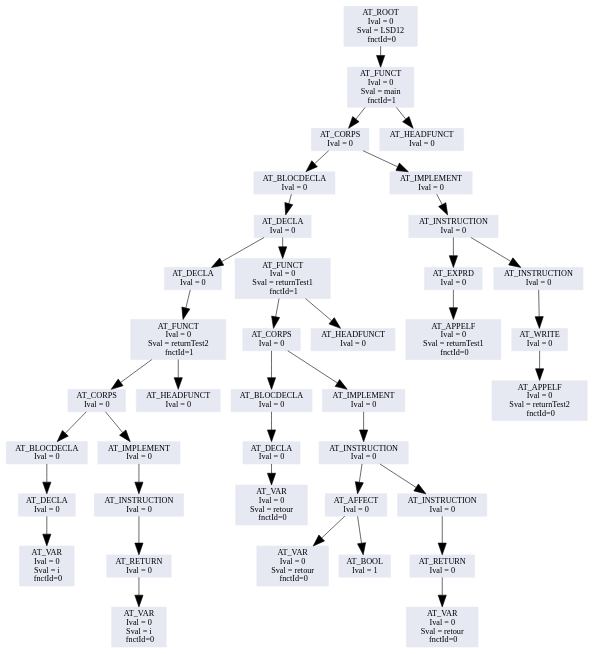
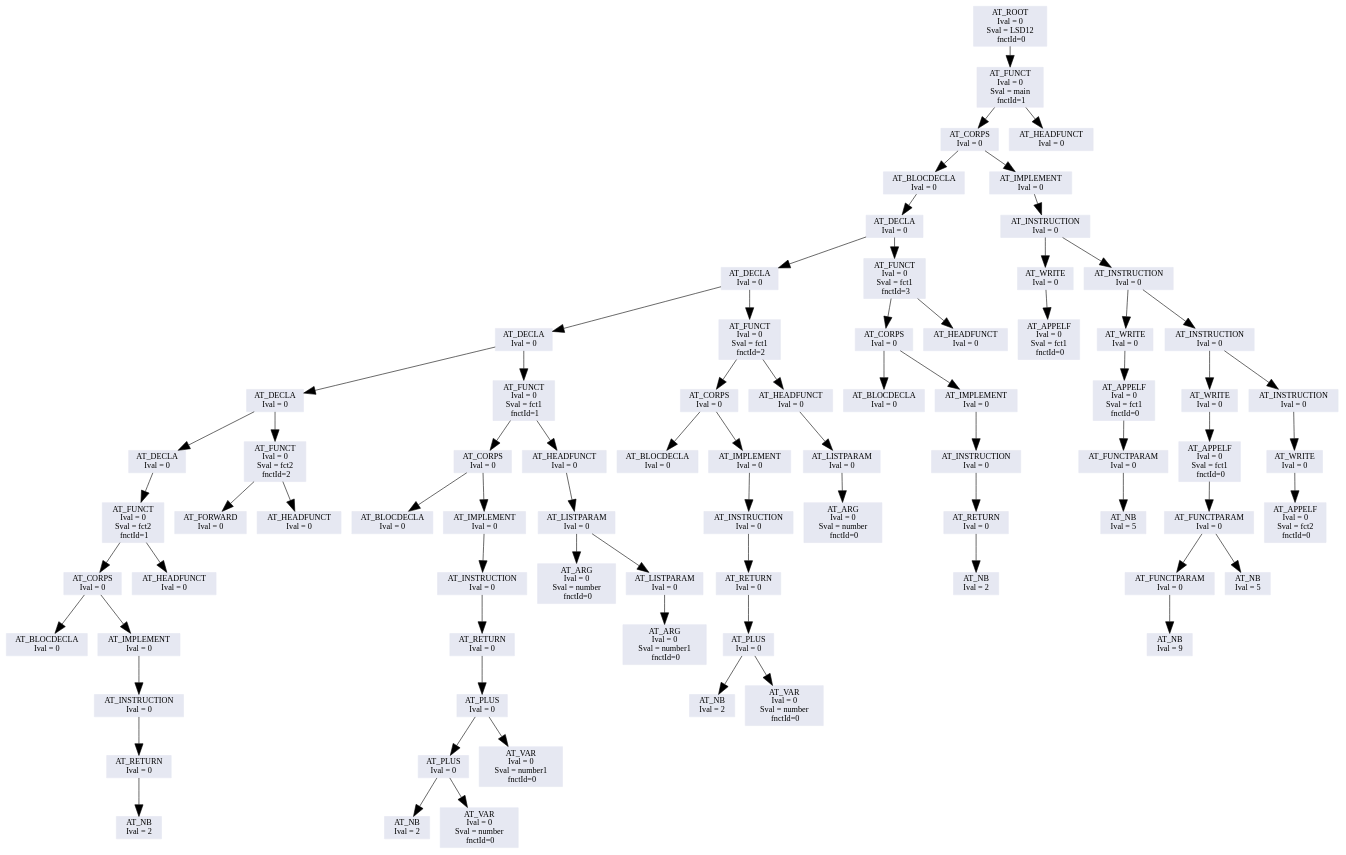
Before and after one commit to w0lf3011/13-lsd12: the diagram in lsd12/code/ArbreGraph.dot, drawn with Graphviz. The commit also changed 11 other files, not shown here.

```diff
--- a/lsd12/code/ArbreGraph.dot
+++ b/lsd12/code/ArbreGraph.dot
@@ -5,81 +5,157 @@
 	edge [arrowsize=2, color="#000000"];
 
 // A remplacer avec ce qu'il y a entre ";*** BEGIN printTreeGraphViz(..) +locations ***" et ";*** END printTreeGraphViz(..) +locations ***"
-"0x8c8d6d0";
-"0x8c8d6d0"[shape=box, color="#e6e8f2", fontcolor="#000000",label="AT_ROOT \n Ival = 0\n Sval = LSD12 \n  fnctId=0 "];
-"0x8c8d6d0" -> "0x8c8d6a8";
-"0x8c8d6a8"[shape=box, color="#e6e8f2", fontcolor="#000000",label="AT_FUNCT \n Ival = 0\n Sval = main \n  fnctId=1 "];
-"0x8c8d6a8" -> "0x8c8d680";
-"0x8c8d6a8" -> "0x8c8d078";
-"0x8c8d680"[shape=box, color="#e6e8f2", fontcolor="#000000",label="AT_CORPS \n Ival = 0"];
-"0x8c8d680" -> "0x8c8d520";
-"0x8c8d680" -> "0x8c8d658";
-"0x8c8d520"[shape=box, color="#e6e8f2", fontcolor="#000000",label="AT_BLOCDECLA \n Ival = 0"];
-"0x8c8d520" -> "0x8c8d4f8";
-"0x8c8d4f8"[shape=box, color="#e6e8f2", fontcolor="#000000",label="AT_DECLA \n Ival = 0"];
-"0x8c8d4f8" -> "0x8c8d4d0";
-"0x8c8d4f8" -> "0x8c8d2e8";
-"0x8c8d4d0"[shape=box, color="#e6e8f2", fontcolor="#000000",label="AT_DECLA \n Ival = 0"];
-"0x8c8d4d0" -> "0x8c8d4a8";
-"0x8c8d4a8"[shape=box, color="#e6e8f2", fontcolor="#000000",label="AT_FUNCT \n Ival = 0\n Sval = returnTest2 \n  fnctId=1 "];
-"0x8c8d4a8" -> "0x8c8d480";
-"0x8c8d4a8" -> "0x8c8d320";
-"0x8c8d480"[shape=box, color="#e6e8f2", fontcolor="#000000",label="AT_CORPS \n Ival = 0"];
-"0x8c8d480" -> "0x8c8d3a8";
-"0x8c8d480" -> "0x8c8d458";
-"0x8c8d3a8"[shape=box, color="#e6e8f2", fontcolor="#000000",label="AT_BLOCDECLA \n Ival = 0"];
-"0x8c8d3a8" -> "0x8c8d380";
-"0x8c8d380"[shape=box, color="#e6e8f2", fontcolor="#000000",label="AT_DECLA \n Ival = 0"];
-"0x8c8d380" -> "0x8c8d358";
-"0x8c8d358"[shape=box, color="#e6e8f2", fontcolor="#000000",label="AT_VAR \n Ival = 0\n Sval = i \n  fnctId=0 "];
-"0x8c8d458"[shape=box, color="#e6e8f2", fontcolor="#000000",label="AT_IMPLEMENT \n Ival = 0"];
-"0x8c8d458" -> "0x8c8d430";
-"0x8c8d430"[shape=box, color="#e6e8f2", fontcolor="#000000",label="AT_INSTRUCTION \n Ival = 0"];
-"0x8c8d430" -> "0x8c8d408";
-"0x8c8d408"[shape=box, color="#e6e8f2", fontcolor="#000000",label="AT_RETURN \n Ival = 0"];
-"0x8c8d408" -> "0x8c8d3e0";
-"0x8c8d3e0"[shape=box, color="#e6e8f2", fontcolor="#000000",label="AT_VAR \n Ival = 0\n Sval = i \n  fnctId=0 "];
-"0x8c8d320"[shape=box, color="#e6e8f2", fontcolor="#000000",label="AT_HEADFUNCT \n Ival = 0"];
-"0x8c8d2e8"[shape=box, color="#e6e8f2", fontcolor="#000000",label="AT_FUNCT \n Ival = 0\n Sval = returnTest1 \n  fnctId=1 "];
-"0x8c8d2e8" -> "0x8c8d2c0";
-"0x8c8d2e8" -> "0x8c8d0b0";
-"0x8c8d2c0"[shape=box, color="#e6e8f2", fontcolor="#000000",label="AT_CORPS \n Ival = 0"];
-"0x8c8d2c0" -> "0x8c8d138";
-"0x8c8d2c0" -> "0x8c8d298";
-"0x8c8d138"[shape=box, color="#e6e8f2", fontcolor="#000000",label="AT_BLOCDECLA \n Ival = 0"];
-"0x8c8d138" -> "0x8c8d110";
-"0x8c8d110"[shape=box, color="#e6e8f2", fontcolor="#000000",label="AT_DECLA \n Ival = 0"];
-"0x8c8d110" -> "0x8c8d0e8";
-"0x8c8d0e8"[shape=box, color="#e6e8f2", fontcolor="#000000",label="AT_VAR \n Ival = 0\n Sval = retour \n  fnctId=0 "];
-"0x8c8d298"[shape=box, color="#e6e8f2", fontcolor="#000000",label="AT_IMPLEMENT \n Ival = 0"];
-"0x8c8d298" -> "0x8c8d270";
-"0x8c8d270"[shape=box, color="#e6e8f2", fontcolor="#000000",label="AT_INSTRUCTION \n Ival = 0"];
-"0x8c8d270" -> "0x8c8d1c0";
-"0x8c8d270" -> "0x8c8d248";
-"0x8c8d1c0"[shape=box, color="#e6e8f2", fontcolor="#000000",label="AT_AFFECT \n Ival = 0"];
-"0x8c8d1c0" -> "0x8c8d170";
-"0x8c8d1c0" -> "0x8c8d198";
-"0x8c8d170"[shape=box, color="#e6e8f2", fontcolor="#000000",label="AT_VAR \n Ival = 0\n Sval = retour \n  fnctId=0 "];
-"0x8c8d198"[shape=box, color="#e6e8f2", fontcolor="#000000",label="AT_BOOL \n Ival = 1"];
-"0x8c8d248"[shape=box, color="#e6e8f2", fontcolor="#000000",label="AT_INSTRUCTION \n Ival = 0"];
-"0x8c8d248" -> "0x8c8d220";
-"0x8c8d220"[shape=box, color="#e6e8f2", fontcolor="#000000",label="AT_RETURN \n Ival = 0"];
-"0x8c8d220" -> "0x8c8d1f8";
-"0x8c8d1f8"[shape=box, color="#e6e8f2", fontcolor="#000000",label="AT_VAR \n Ival = 0\n Sval = retour \n  fnctId=0 "];
-"0x8c8d0b0"[shape=box, color="#e6e8f2", fontcolor="#000000",label="AT_HEADFUNCT \n Ival = 0"];
-"0x8c8d658"[shape=box, color="#e6e8f2", fontcolor="#000000",label="AT_IMPLEMENT \n Ival = 0"];
-"0x8c8d658" -> "0x8c8d630";
-"0x8c8d630"[shape=box, color="#e6e8f2", fontcolor="#000000",label="AT_INSTRUCTION \n Ival = 0"];
-"0x8c8d630" -> "0x8c8d580";
-"0x8c8d630" -> "0x8c8d608";
-"0x8c8d580"[shape=box, color="#e6e8f2", fontcolor="#000000",label="AT_EXPRD \n Ival = 0"];
-"0x8c8d580" -> "0x8c8d558";
-"0x8c8d558"[shape=box, color="#e6e8f2", fontcolor="#000000",label="AT_APPELF \n Ival = 0\n Sval = returnTest1 \n  fnctId=0 "];
-"0x8c8d608"[shape=box, color="#e6e8f2", fontcolor="#000000",label="AT_INSTRUCTION \n Ival = 0"];
-"0x8c8d608" -> "0x8c8d5e0";
-"0x8c8d5e0"[shape=box, color="#e6e8f2", fontcolor="#000000",label="AT_WRITE \n Ival = 0"];
-"0x8c8d5e0" -> "0x8c8d5b8";
-"0x8c8d5b8"[shape=box, color="#e6e8f2", fontcolor="#000000",label="AT_APPELF \n Ival = 0\n Sval = returnTest2 \n  fnctId=0 "];
-"0x8c8d078"[shape=box, color="#e6e8f2", fontcolor="#000000",label="AT_HEADFUNCT \n Ival = 0"];
+"0x8d8cd20";
+"0x8d8cd20"[shape=box, color="#e6e8f2", fontcolor="#000000",label="AT_ROOT \n Ival = 0\n Sval = LSD12 \n  fnctId=0 "];
+"0x8d8cd20" -> "0x8d8ccf8";
+"0x8d8ccf8"[shape=box, color="#e6e8f2", fontcolor="#000000",label="AT_FUNCT \n Ival = 0\n Sval = main \n  fnctId=1 "];
+"0x8d8ccf8" -> "0x8d8ccd0";
+"0x8d8ccf8" -> "0x8d8c078";
+"0x8d8ccd0"[shape=box, color="#e6e8f2", fontcolor="#000000",label="AT_CORPS \n Ival = 0"];
+"0x8d8ccd0" -> "0x8d8c970";
+"0x8d8ccd0" -> "0x8d8cca8";
+"0x8d8c970"[shape=box, color="#e6e8f2", fontcolor="#000000",label="AT_BLOCDECLA \n Ival = 0"];
+"0x8d8c970" -> "0x8d8c948";
+"0x8d8c948"[shape=box, color="#e6e8f2", fontcolor="#000000",label="AT_DECLA \n Ival = 0"];
+"0x8d8c948" -> "0x8d8c920";
+"0x8d8c948" -> "0x8d8c1c8";
+"0x8d8c920"[shape=box, color="#e6e8f2", fontcolor="#000000",label="AT_DECLA \n Ival = 0"];
+"0x8d8c920" -> "0x8d8c8f8";
+"0x8d8c920" -> "0x8d8c3d8";
+"0x8d8c8f8"[shape=box, color="#e6e8f2", fontcolor="#000000",label="AT_DECLA \n Ival = 0"];
+"0x8d8c8f8" -> "0x8d8c8d0";
+"0x8d8c8f8" -> "0x8d8c6a8";
+"0x8d8c8d0"[shape=box, color="#e6e8f2", fontcolor="#000000",label="AT_DECLA \n Ival = 0"];
+"0x8d8c8d0" -> "0x8d8c8a8";
+"0x8d8c8d0" -> "0x8d8c730";
+"0x8d8c8a8"[shape=box, color="#e6e8f2", fontcolor="#000000",label="AT_DECLA \n Ival = 0"];
+"0x8d8c8a8" -> "0x8d8c880";
+"0x8d8c880"[shape=box, color="#e6e8f2", fontcolor="#000000",label="AT_FUNCT \n Ival = 0\n Sval = fct2 \n  fnctId=1 "];
+"0x8d8c880" -> "0x8d8c858";
+"0x8d8c880" -> "0x8d8c768";
+"0x8d8c858"[shape=box, color="#e6e8f2", fontcolor="#000000",label="AT_CORPS \n Ival = 0"];
+"0x8d8c858" -> "0x8d8c790";
+"0x8d8c858" -> "0x8d8c830";
+"0x8d8c790"[shape=box, color="#e6e8f2", fontcolor="#000000",label="AT_BLOCDECLA \n Ival = 0"];
+"0x8d8c830"[shape=box, color="#e6e8f2", fontcolor="#000000",label="AT_IMPLEMENT \n Ival = 0"];
+"0x8d8c830" -> "0x8d8c808";
+"0x8d8c808"[shape=box, color="#e6e8f2", fontcolor="#000000",label="AT_INSTRUCTION \n Ival = 0"];
+"0x8d8c808" -> "0x8d8c7e0";
+"0x8d8c7e0"[shape=box, color="#e6e8f2", fontcolor="#000000",label="AT_RETURN \n Ival = 0"];
+"0x8d8c7e0" -> "0x8d8c7b8";
+"0x8d8c7b8"[shape=box, color="#e6e8f2", fontcolor="#000000",label="AT_NB \n Ival = 2"];
+"0x8d8c768"[shape=box, color="#e6e8f2", fontcolor="#000000",label="AT_HEADFUNCT \n Ival = 0"];
+"0x8d8c730"[shape=box, color="#e6e8f2", fontcolor="#000000",label="AT_FUNCT \n Ival = 0\n Sval = fct2 \n  fnctId=2 "];
+"0x8d8c730" -> "0x8d8c708";
+"0x8d8c730" -> "0x8d8c6e0";
+"0x8d8c708"[shape=box, color="#e6e8f2", fontcolor="#000000",label="AT_FORWARD \n Ival = 0"];
+"0x8d8c6e0"[shape=box, color="#e6e8f2", fontcolor="#000000",label="AT_HEADFUNCT \n Ival = 0"];
+"0x8d8c6a8"[shape=box, color="#e6e8f2", fontcolor="#000000",label="AT_FUNCT \n Ival = 0\n Sval = fct1 \n  fnctId=1 "];
+"0x8d8c6a8" -> "0x8d8c680";
+"0x8d8c6a8" -> "0x8d8c4d0";
+"0x8d8c680"[shape=box, color="#e6e8f2", fontcolor="#000000",label="AT_CORPS \n Ival = 0"];
+"0x8d8c680" -> "0x8d8c4f8";
+"0x8d8c680" -> "0x8d8c658";
+"0x8d8c4f8"[shape=box, color="#e6e8f2", fontcolor="#000000",label="AT_BLOCDECLA \n Ival = 0"];
+"0x8d8c658"[shape=box, color="#e6e8f2", fontcolor="#000000",label="AT_IMPLEMENT \n Ival = 0"];
+"0x8d8c658" -> "0x8d8c630";
+"0x8d8c630"[shape=box, color="#e6e8f2", fontcolor="#000000",label="AT_INSTRUCTION \n Ival = 0"];
+"0x8d8c630" -> "0x8d8c608";
+"0x8d8c608"[shape=box, color="#e6e8f2", fontcolor="#000000",label="AT_RETURN \n Ival = 0"];
+"0x8d8c608" -> "0x8d8c5e0";
+"0x8d8c5e0"[shape=box, color="#e6e8f2", fontcolor="#000000",label="AT_PLUS \n Ival = 0"];
+"0x8d8c5e0" -> "0x8d8c580";
+"0x8d8c5e0" -> "0x8d8c5b8";
+"0x8d8c580"[shape=box, color="#e6e8f2", fontcolor="#000000",label="AT_PLUS \n Ival = 0"];
+"0x8d8c580" -> "0x8d8c520";
+"0x8d8c580" -> "0x8d8c558";
+"0x8d8c520"[shape=box, color="#e6e8f2", fontcolor="#000000",label="AT_NB \n Ival = 2"];
+"0x8d8c558"[shape=box, color="#e6e8f2", fontcolor="#000000",label="AT_VAR \n Ival = 0\n Sval = number \n  fnctId=0 "];
+"0x8d8c5b8"[shape=box, color="#e6e8f2", fontcolor="#000000",label="AT_VAR \n Ival = 0\n Sval = number1 \n  fnctId=0 "];
+"0x8d8c4d0"[shape=box, color="#e6e8f2", fontcolor="#000000",label="AT_HEADFUNCT \n Ival = 0"];
+"0x8d8c4d0" -> "0x8d8c4a8";
+"0x8d8c4a8"[shape=box, color="#e6e8f2", fontcolor="#000000",label="AT_LISTPARAM \n Ival = 0"];
+"0x8d8c4a8" -> "0x8d8c420";
+"0x8d8c4a8" -> "0x8d8c480";
+"0x8d8c420"[shape=box, color="#e6e8f2", fontcolor="#000000",label="AT_ARG \n Ival = 0\n Sval = number \n  fnctId=0 "];
+"0x8d8c480"[shape=box, color="#e6e8f2", fontcolor="#000000",label="AT_LISTPARAM \n Ival = 0"];
+"0x8d8c480" -> "0x8d8c458";
+"0x8d8c458"[shape=box, color="#e6e8f2", fontcolor="#000000",label="AT_ARG \n Ival = 0\n Sval = number1 \n  fnctId=0 "];
+"0x8d8c3d8"[shape=box, color="#e6e8f2", fontcolor="#000000",label="AT_FUNCT \n Ival = 0\n Sval = fct1 \n  fnctId=2 "];
+"0x8d8c3d8" -> "0x8d8c3b0";
+"0x8d8c3d8" -> "0x8d8c260";
+"0x8d8c3b0"[shape=box, color="#e6e8f2", fontcolor="#000000",label="AT_CORPS \n Ival = 0"];
+"0x8d8c3b0" -> "0x8d8c288";
+"0x8d8c3b0" -> "0x8d8c388";
+"0x8d8c288"[shape=box, color="#e6e8f2", fontcolor="#000000",label="AT_BLOCDECLA \n Ival = 0"];
+"0x8d8c388"[shape=box, color="#e6e8f2", fontcolor="#000000",label="AT_IMPLEMENT \n Ival = 0"];
+"0x8d8c388" -> "0x8d8c360";
+"0x8d8c360"[shape=box, color="#e6e8f2", fontcolor="#000000",label="AT_INSTRUCTION \n Ival = 0"];
+"0x8d8c360" -> "0x8d8c338";
+"0x8d8c338"[shape=box, color="#e6e8f2", fontcolor="#000000",label="AT_RETURN \n Ival = 0"];
+"0x8d8c338" -> "0x8d8c310";
+"0x8d8c310"[shape=box, color="#e6e8f2", fontcolor="#000000",label="AT_PLUS \n Ival = 0"];
+"0x8d8c310" -> "0x8d8c2b0";
+"0x8d8c310" -> "0x8d8c2e8";
+"0x8d8c2b0"[shape=box, color="#e6e8f2", fontcolor="#000000",label="AT_NB \n Ival = 2"];
+"0x8d8c2e8"[shape=box, color="#e6e8f2", fontcolor="#000000",label="AT_VAR \n Ival = 0\n Sval = number \n  fnctId=0 "];
+"0x8d8c260"[shape=box, color="#e6e8f2", fontcolor="#000000",label="AT_HEADFUNCT \n Ival = 0"];
+"0x8d8c260" -> "0x8d8c238";
+"0x8d8c238"[shape=box, color="#e6e8f2", fontcolor="#000000",label="AT_LISTPARAM \n Ival = 0"];
+"0x8d8c238" -> "0x8d8c210";
+"0x8d8c210"[shape=box, color="#e6e8f2", fontcolor="#000000",label="AT_ARG \n Ival = 0\n Sval = number \n  fnctId=0 "];
+"0x8d8c1c8"[shape=box, color="#e6e8f2", fontcolor="#000000",label="AT_FUNCT \n Ival = 0\n Sval = fct1 \n  fnctId=3 "];
+"0x8d8c1c8" -> "0x8d8c1a0";
+"0x8d8c1c8" -> "0x8d8c0b0";
+"0x8d8c1a0"[shape=box, color="#e6e8f2", fontcolor="#000000",label="AT_CORPS \n Ival = 0"];
+"0x8d8c1a0" -> "0x8d8c0d8";
+"0x8d8c1a0" -> "0x8d8c178";
+"0x8d8c0d8"[shape=box, color="#e6e8f2", fontcolor="#000000",label="AT_BLOCDECLA \n Ival = 0"];
+"0x8d8c178"[shape=box, color="#e6e8f2", fontcolor="#000000",label="AT_IMPLEMENT \n Ival = 0"];
+"0x8d8c178" -> "0x8d8c150";
+"0x8d8c150"[shape=box, color="#e6e8f2", fontcolor="#000000",label="AT_INSTRUCTION \n Ival = 0"];
+"0x8d8c150" -> "0x8d8c128";
+"0x8d8c128"[shape=box, color="#e6e8f2", fontcolor="#000000",label="AT_RETURN \n Ival = 0"];
+"0x8d8c128" -> "0x8d8c100";
+"0x8d8c100"[shape=box, color="#e6e8f2", fontcolor="#000000",label="AT_NB \n Ival = 2"];
+"0x8d8c0b0"[shape=box, color="#e6e8f2", fontcolor="#000000",label="AT_HEADFUNCT \n Ival = 0"];
+"0x8d8cca8"[shape=box, color="#e6e8f2", fontcolor="#000000",label="AT_IMPLEMENT \n Ival = 0"];
+"0x8d8cca8" -> "0x8d8cc80";
+"0x8d8cc80"[shape=box, color="#e6e8f2", fontcolor="#000000",label="AT_INSTRUCTION \n Ival = 0"];
+"0x8d8cc80" -> "0x8d8c9d0";
+"0x8d8cc80" -> "0x8d8cc58";
+"0x8d8c9d0"[shape=box, color="#e6e8f2", fontcolor="#000000",label="AT_WRITE \n Ival = 0"];
+"0x8d8c9d0" -> "0x8d8c9a8";
+"0x8d8c9a8"[shape=box, color="#e6e8f2", fontcolor="#000000",label="AT_APPELF \n Ival = 0\n Sval = fct1 \n  fnctId=0 "];
+"0x8d8cc58"[shape=box, color="#e6e8f2", fontcolor="#000000",label="AT_INSTRUCTION \n Ival = 0"];
+"0x8d8cc58" -> "0x8d8ca80";
+"0x8d8cc58" -> "0x8d8cc30";
+"0x8d8ca80"[shape=box, color="#e6e8f2", fontcolor="#000000",label="AT_WRITE \n Ival = 0"];
+"0x8d8ca80" -> "0x8d8ca58";
+"0x8d8ca58"[shape=box, color="#e6e8f2", fontcolor="#000000",label="AT_APPELF \n Ival = 0\n Sval = fct1 \n  fnctId=0 "];
+"0x8d8ca58" -> "0x8d8ca30";
+"0x8d8ca30"[shape=box, color="#e6e8f2", fontcolor="#000000",label="AT_FUNCTPARAM \n Ival = 0"];
+"0x8d8ca30" -> "0x8d8ca08";
+"0x8d8ca08"[shape=box, color="#e6e8f2", fontcolor="#000000",label="AT_NB \n Ival = 5"];
+"0x8d8cc30"[shape=box, color="#e6e8f2", fontcolor="#000000",label="AT_INSTRUCTION \n Ival = 0"];
+"0x8d8cc30" -> "0x8d8cb80";
+"0x8d8cc30" -> "0x8d8cc08";
+"0x8d8cb80"[shape=box, color="#e6e8f2", fontcolor="#000000",label="AT_WRITE \n Ival = 0"];
+"0x8d8cb80" -> "0x8d8cb58";
+"0x8d8cb58"[shape=box, color="#e6e8f2", fontcolor="#000000",label="AT_APPELF \n Ival = 0\n Sval = fct1 \n  fnctId=0 "];
+"0x8d8cb58" -> "0x8d8cb30";
+"0x8d8cb30"[shape=box, color="#e6e8f2", fontcolor="#000000",label="AT_FUNCTPARAM \n Ival = 0"];
+"0x8d8cb30" -> "0x8d8cb08";
+"0x8d8cb30" -> "0x8d8cab8";
+"0x8d8cb08"[shape=box, color="#e6e8f2", fontcolor="#000000",label="AT_FUNCTPARAM \n Ival = 0"];
+"0x8d8cb08" -> "0x8d8cae0";
+"0x8d8cae0"[shape=box, color="#e6e8f2", fontcolor="#000000",label="AT_NB \n Ival = 9"];
+"0x8d8cab8"[shape=box, color="#e6e8f2", fontcolor="#000000",label="AT_NB \n Ival = 5"];
+"0x8d8cc08"[shape=box, color="#e6e8f2", fontcolor="#000000",label="AT_INSTRUCTION \n Ival = 0"];
+"0x8d8cc08" -> "0x8d8cbe0";
+"0x8d8cbe0"[shape=box, color="#e6e8f2", fontcolor="#000000",label="AT_WRITE \n Ival = 0"];
+"0x8d8cbe0" -> "0x8d8cbb8";
+"0x8d8cbb8"[shape=box, color="#e6e8f2", fontcolor="#000000",label="AT_APPELF \n Ival = 0\n Sval = fct2 \n  fnctId=0 "];
+"0x8d8c078"[shape=box, color="#e6e8f2", fontcolor="#000000",label="AT_HEADFUNCT \n Ival = 0"];
 
 }
```
